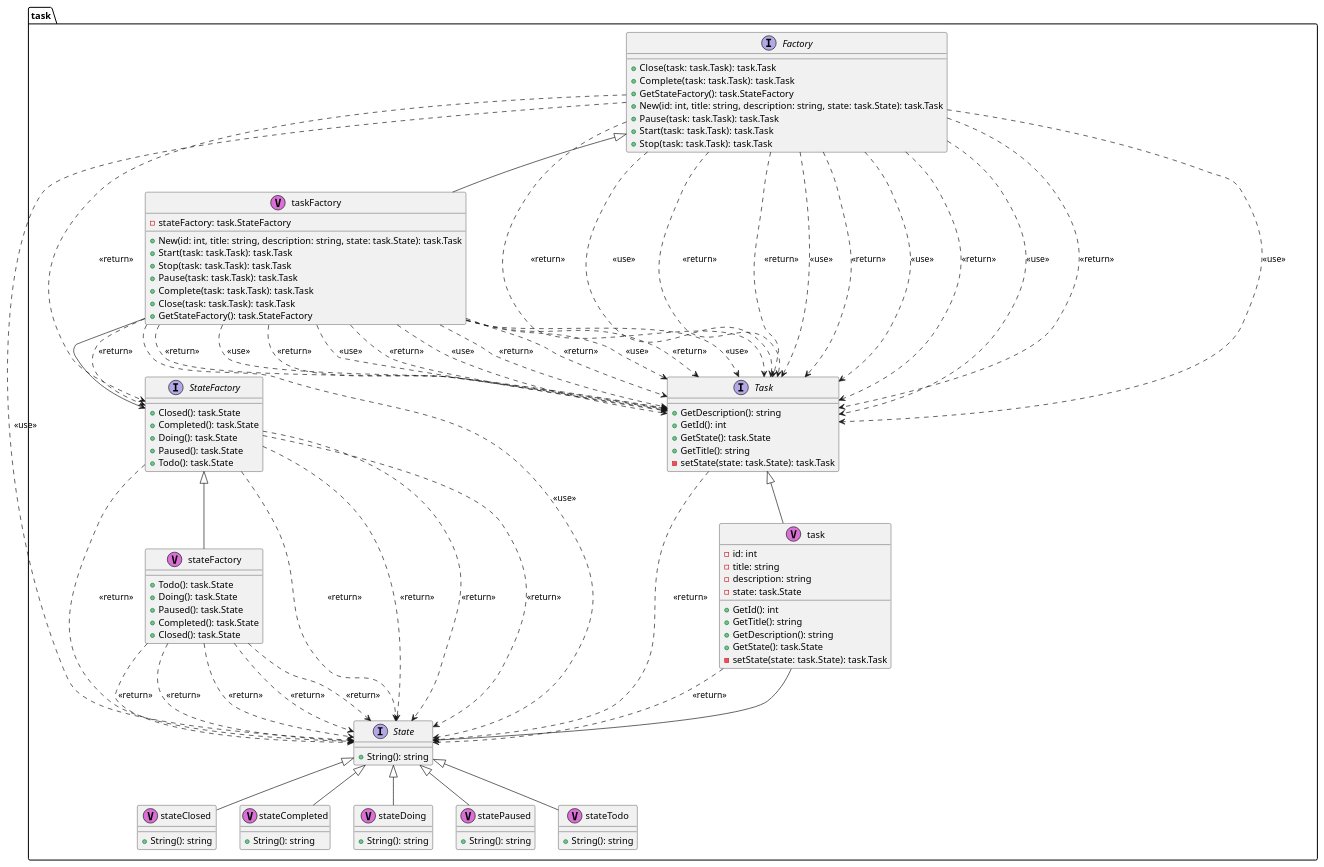
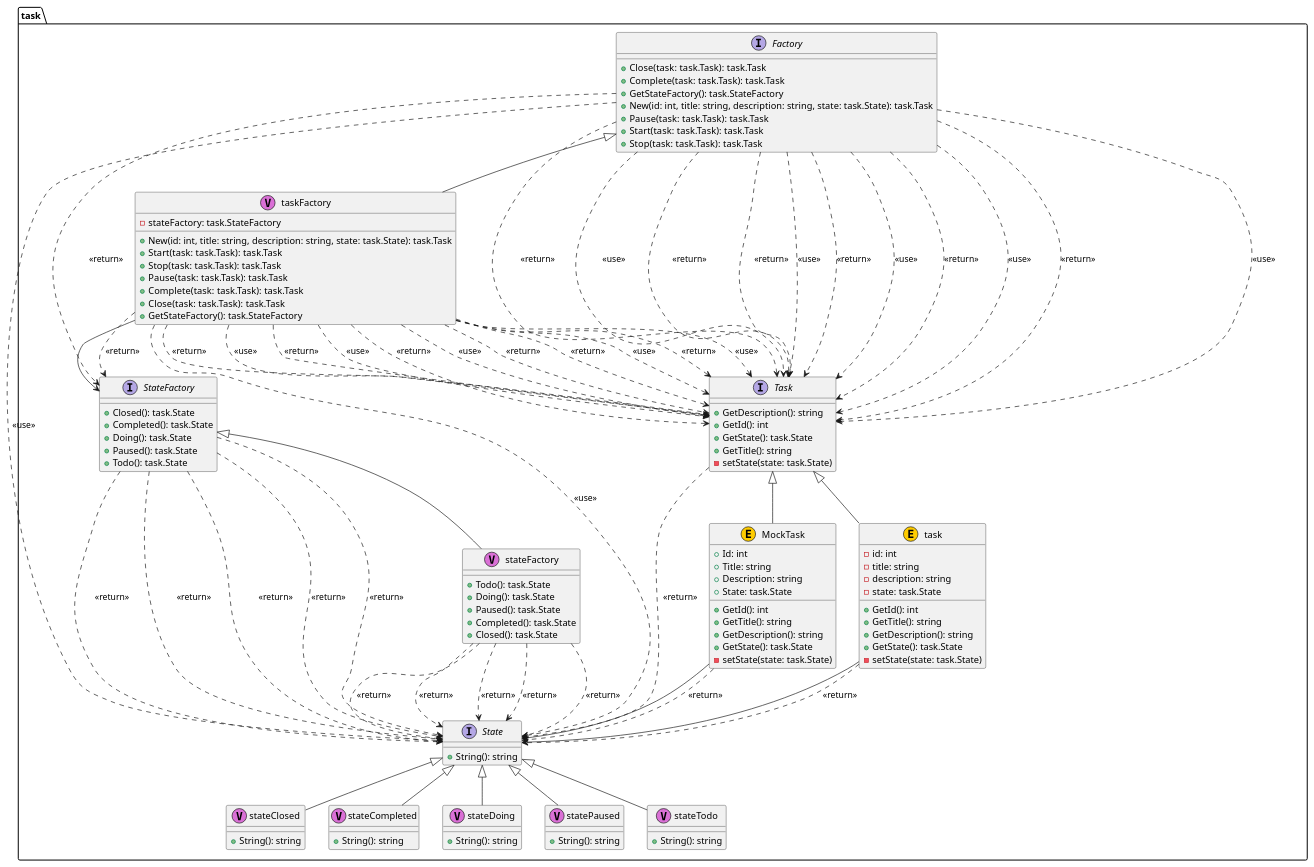
The diagram in diagram/class/task.puml (gateroot/taskforce), drawn with PlantUML before and after one commit. The commit also changed 8 other files, not shown here.

```diff
--- a/diagram/class/task.puml
+++ b/diagram/class/task.puml
@@ -1,179 +1,198 @@
 @startuml
 package "task" {
 	interface "Factory" as task.Factory {
 		+Close(task: task.Task): task.Task
 		+Complete(task: task.Task): task.Task
 		+GetStateFactory(): task.StateFactory
 		+New(id: int, title: string, description: string, state: task.State): task.Task
 		+Pause(task: task.Task): task.Task
 		+Start(task: task.Task): task.Task
 		+Stop(task: task.Task): task.Task
 	}
 }
 
 
 	task.Factory ..> task.Task : <<use>> 
 	task.Factory ..> task.Task : <<return>> 
 	task.Factory ..> task.Task : <<use>> 
 	task.Factory ..> task.Task : <<return>> 
 	task.Factory ..> task.StateFactory : <<return>> 
 	task.Factory ..> task.State : <<use>> 
 	task.Factory ..> task.Task : <<return>> 
 	task.Factory ..> task.Task : <<use>> 
 	task.Factory ..> task.Task : <<return>> 
 	task.Factory ..> task.Task : <<use>> 
 	task.Factory ..> task.Task : <<return>> 
 	task.Factory ..> task.Task : <<use>> 
 	task.Factory ..> task.Task : <<return>> 
+
+package "task" {
+	class "MockTask" as task.MockTask <<E,#FFCC00>> {
+		+Id: int
+		+Title: string
+		+Description: string
+		+State: task.State
+		+GetId(): int
+		+GetTitle(): string
+		+GetDescription(): string
+		+GetState(): task.State
+		-setState(state: task.State)
+	}
+}
+
+	task.MockTask --> task.State
+
+	task.MockTask ..> task.State : <<return>> 
 
 package "task" {
 	interface "State" as task.State {
 		+String(): string
 	}
 }
 
 
 
 package "task" {
 	interface "StateFactory" as task.StateFactory {
 		+Closed(): task.State
 		+Completed(): task.State
 		+Doing(): task.State
 		+Paused(): task.State
 		+Todo(): task.State
 	}
 }
 
 
 	task.StateFactory ..> task.State : <<return>> 
 	task.StateFactory ..> task.State : <<return>> 
 	task.StateFactory ..> task.State : <<return>> 
 	task.StateFactory ..> task.State : <<return>> 
 	task.StateFactory ..> task.State : <<return>> 
 
 package "task" {
 	interface "Task" as task.Task {
 		+GetDescription(): string
 		+GetId(): int
 		+GetState(): task.State
 		+GetTitle(): string
-		-setState(state: task.State): task.Task
+		-setState(state: task.State)
 	}
 }
 
 
 	task.Task ..> task.State : <<return>> 
 
 package "task" {
 	class "stateClosed" as task.stateClosed <<V,Orchid>> {
 		+String(): string
 	}
 }
 
 
 
 package "task" {
 	class "stateCompleted" as task.stateCompleted <<V,Orchid>> {
 		+String(): string
 	}
 }
 
 
 
 package "task" {
 	class "stateDoing" as task.stateDoing <<V,Orchid>> {
 		+String(): string
 	}
 }
 
 
 
 package "task" {
 	class "stateFactory" as task.stateFactory <<V,Orchid>> {
 		+Todo(): task.State
 		+Doing(): task.State
 		+Paused(): task.State
 		+Completed(): task.State
 		+Closed(): task.State
 	}
 }
 
 
 	task.stateFactory ..> task.State : <<return>> 
 	task.stateFactory ..> task.State : <<return>> 
 	task.stateFactory ..> task.State : <<return>> 
 	task.stateFactory ..> task.State : <<return>> 
 	task.stateFactory ..> task.State : <<return>> 
 
 package "task" {
 	class "statePaused" as task.statePaused <<V,Orchid>> {
 		+String(): string
 	}
 }
 
 
 
 package "task" {
 	class "stateTodo" as task.stateTodo <<V,Orchid>> {
 		+String(): string
 	}
 }
 
 
 
 package "task" {
-	class "task" as task.task <<V,Orchid>> {
+	class "task" as task.task <<E,#FFCC00>> {
 		-id: int
 		-title: string
 		-description: string
 		-state: task.State
 		+GetId(): int
 		+GetTitle(): string
 		+GetDescription(): string
 		+GetState(): task.State
-		-setState(state: task.State): task.Task
+		-setState(state: task.State)
 	}
 }
 
 	task.task --> task.State
 
 	task.task ..> task.State : <<return>> 
 
 package "task" {
 	class "taskFactory" as task.taskFactory <<V,Orchid>> {
 		-stateFactory: task.StateFactory
 		+New(id: int, title: string, description: string, state: task.State): task.Task
 		+Start(task: task.Task): task.Task
 		+Stop(task: task.Task): task.Task
 		+Pause(task: task.Task): task.Task
 		+Complete(task: task.Task): task.Task
 		+Close(task: task.Task): task.Task
 		+GetStateFactory(): task.StateFactory
 	}
 }
 
 	task.taskFactory --> task.StateFactory
 
 	task.taskFactory ..> task.State : <<use>> 
 	task.taskFactory ..> task.Task : <<return>> 
 	task.taskFactory ..> task.Task : <<use>> 
 	task.taskFactory ..> task.Task : <<return>> 
 	task.taskFactory ..> task.Task : <<use>> 
 	task.taskFactory ..> task.Task : <<return>> 
 	task.taskFactory ..> task.Task : <<use>> 
 	task.taskFactory ..> task.Task : <<return>> 
 	task.taskFactory ..> task.Task : <<use>> 
 	task.taskFactory ..> task.Task : <<return>> 
 	task.taskFactory ..> task.Task : <<use>> 
 	task.taskFactory ..> task.Task : <<return>> 
 	task.taskFactory ..> task.StateFactory : <<return>> 
 
+	task.MockTask -up-|> task.Task
 	task.stateClosed -up-|> task.State
 	task.stateCompleted -up-|> task.State
 	task.stateDoing -up-|> task.State
 	task.stateFactory -up-|> task.StateFactory
 	task.statePaused -up-|> task.State
 	task.stateTodo -up-|> task.State
 	task.task -up-|> task.Task
 	task.taskFactory -up-|> task.Factory
 @enduml
```
